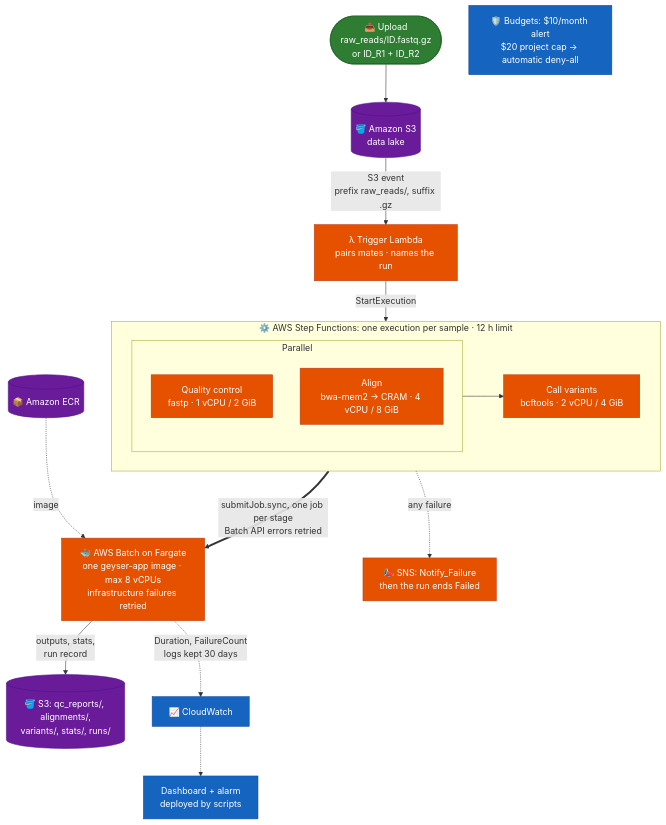
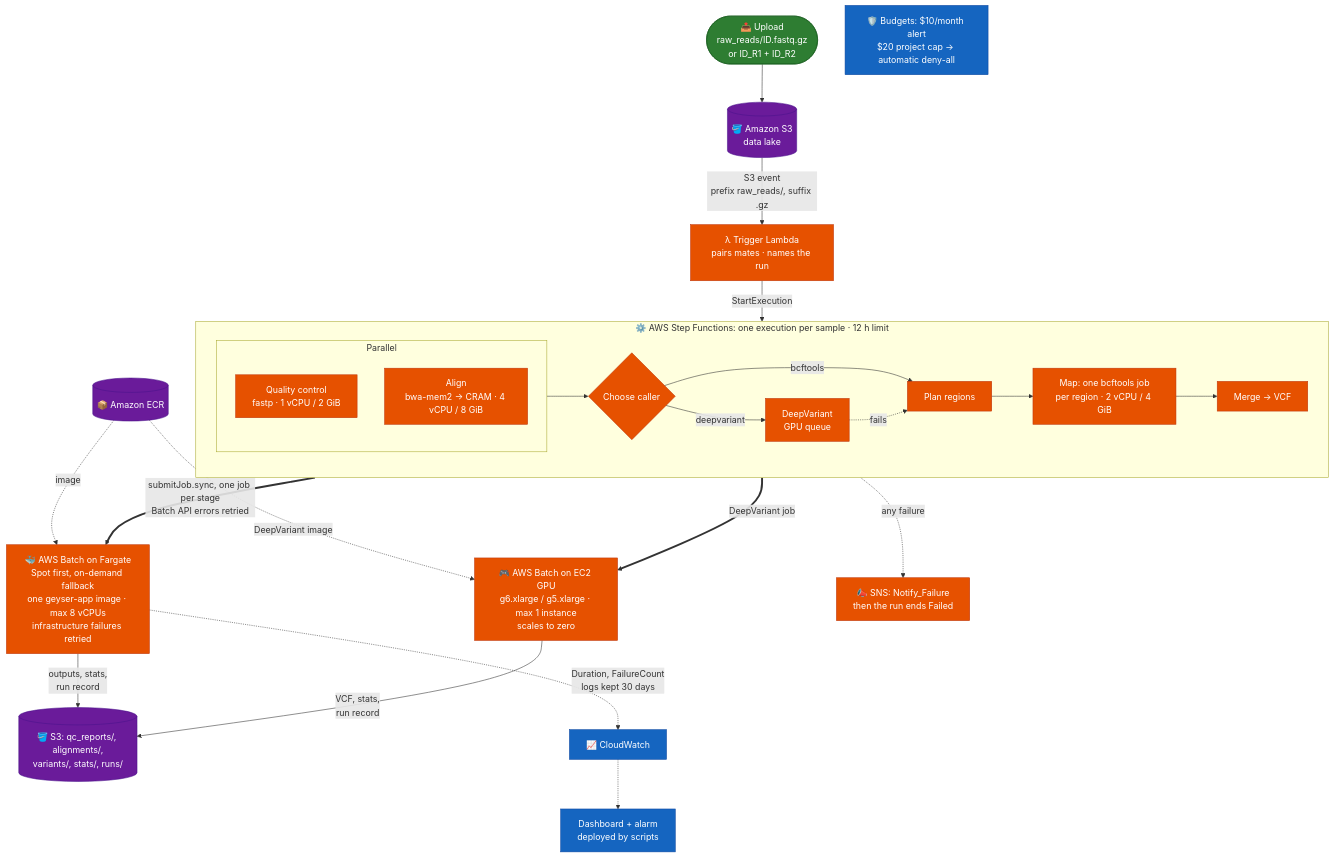
Before and after one commit to Harry5haw/Geyser-Genomics: the second of 4 diagrams in README.md, drawn with Mermaid. The commit also changed other lines of this file, not shown here.

````diff
--- a/README.md
+++ b/README.md
@@ -236,33 +247,39 @@
 ```mermaid
 flowchart TB
     U(["📤 Upload<br/>raw_reads/ID.fastq.gz<br/>or ID_R1 + ID_R2"]) --> S3[("🪣 Amazon S3<br/>data lake")]
     S3 -->|"S3 event<br/>prefix raw_reads/, suffix .gz"| L["λ Trigger Lambda<br/>pairs mates · names the run"]
     L -->|"StartExecution"| SFN
 
     subgraph SFN ["⚙️ AWS Step Functions: one execution per sample · 12 h limit"]
         direction LR
         subgraph PAR ["Parallel"]
             direction TB
             SF1["Quality control<br/>fastp · 1 vCPU / 2 GiB"]
             SF2["Align<br/>bwa-mem2 → CRAM · 4 vCPU / 8 GiB"]
         end
-        PAR --> SF3["Call variants<br/>bcftools · 2 vCPU / 4 GiB"]
+        PAR --> CC{"Choose caller"}
+        CC -->|"bcftools"| PLAN["Plan regions"] --> MAP["Map: one bcftools job<br/>per region · 2 vCPU / 4 GiB"] --> MERGE["Merge → VCF"]
+        CC -->|"deepvariant"| DVS["DeepVariant<br/>GPU queue"]
+        DVS -.->|"fails"| PLAN
     end
 
-    SFN ==>|"submitJob.sync, one job per stage<br/>Batch API errors retried"| BATCH["🐳 AWS Batch on Fargate<br/>one geyser-app image · max 8 vCPUs<br/>infrastructure failures retried"]
+    SFN ==>|"submitJob.sync, one job per stage<br/>Batch API errors retried"| BATCH["🐳 AWS Batch on Fargate<br/>Spot first, on-demand fallback<br/>one geyser-app image · max 8 vCPUs<br/>infrastructure failures retried"]
+    SFN ==>|"DeepVariant job"| GPU["🎮 AWS Batch on EC2 GPU<br/>g6.xlarge / g5.xlarge · max 1 instance<br/>scales to zero"]
     SFN -.->|"any failure"| SNS["📣 SNS: Notify_Failure<br/>then the run ends Failed"]
     ECR[("📦 Amazon ECR")] -.->|"image"| BATCH
+    ECR -.->|"DeepVariant image"| GPU
     BATCH -->|"outputs, stats,<br/>run record"| OUT[("🪣 S3: qc_reports/, alignments/,<br/>variants/, stats/, runs/")]
+    GPU -->|"VCF, stats,<br/>run record"| OUT
     BATCH -.->|"Duration, FailureCount<br/>logs kept 30 days"| CW["📈 CloudWatch"]
     CW -.-> DASH["Dashboard + alarm<br/>deployed by scripts"]
     BUD["🛡️ Budgets: $10/month alert<br/>$20 project cap → automatic deny-all"]
 
     classDef user fill:#2E7D32,stroke:#1B5E20,color:#fff
     classDef store fill:#6A1B9A,stroke:#4A148C,color:#fff
     classDef aws fill:#E65100,stroke:#BF360C,color:#fff
     classDef obs fill:#1565C0,stroke:#0D47A1,color:#fff
     class U user
     class S3,ECR,OUT store
-    class L,SF1,SF2,SF3,BATCH,SNS aws
+    class L,SF1,SF2,CC,PLAN,MAP,MERGE,DVS,BATCH,GPU,SNS aws
     class CW,BUD,DASH obs
 ```
````
